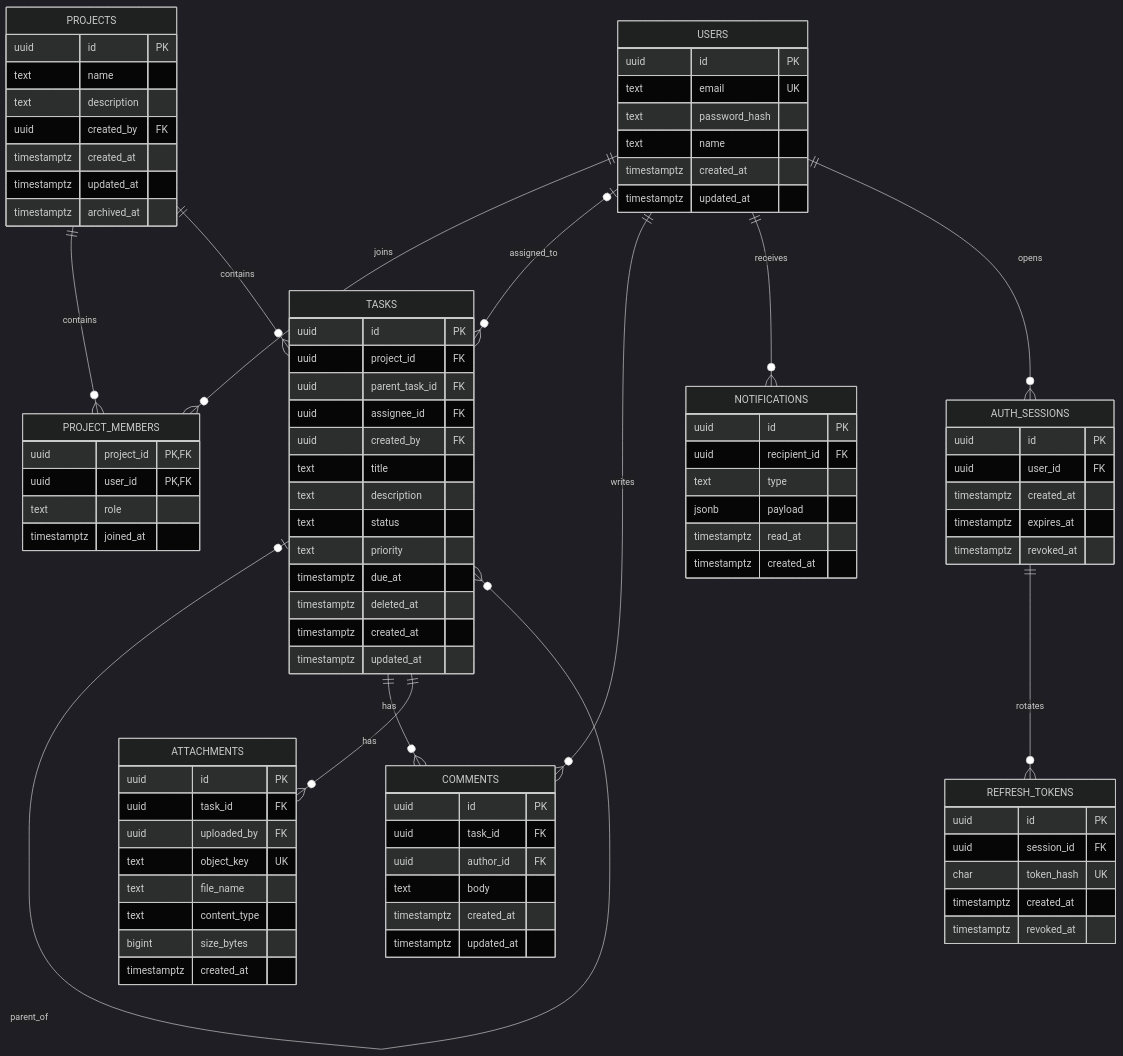
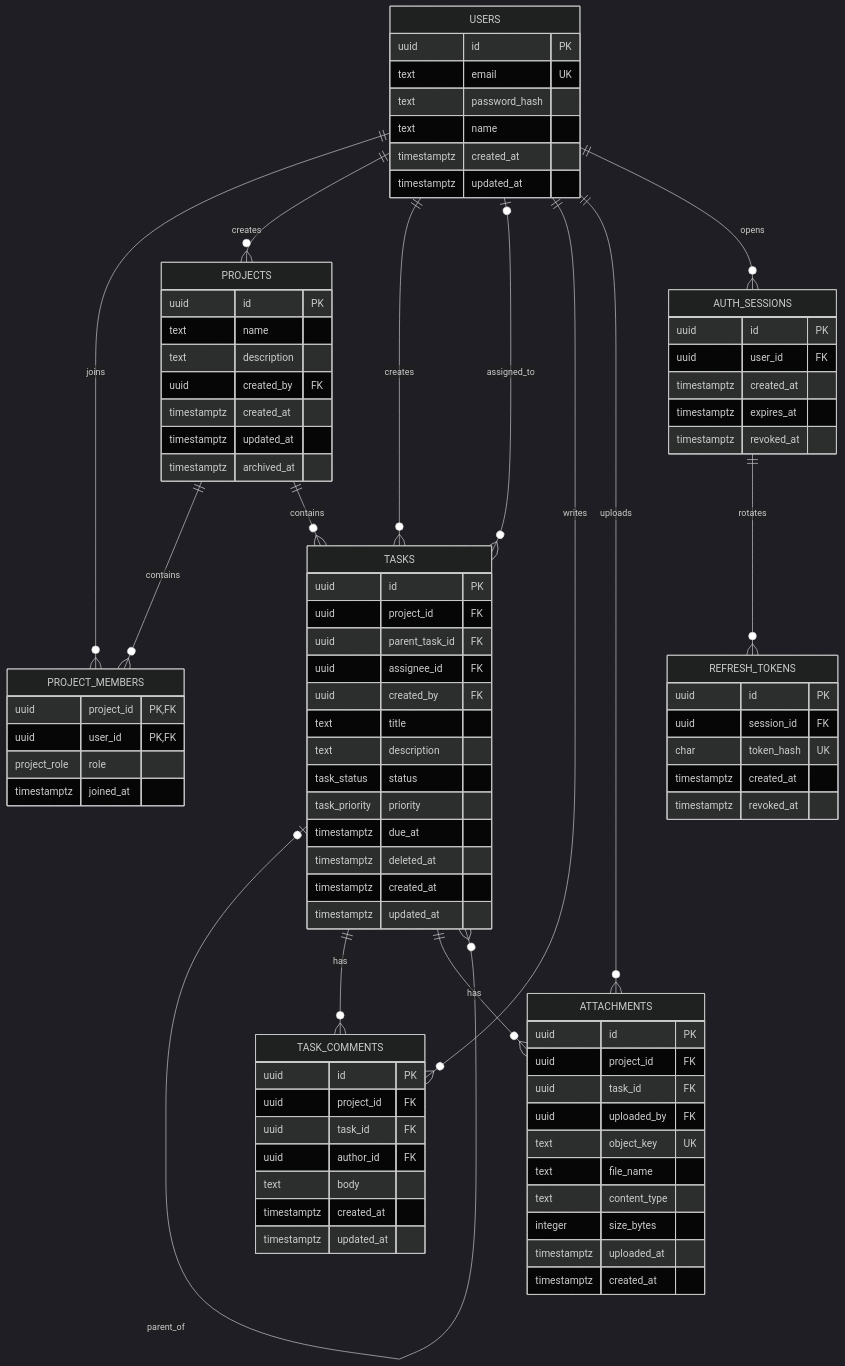
The diagram in docs/database-design.md (Vu-Trung-Kien/taskflow), drawn with Mermaid (dark theme) before and after one commit. The commit also changed other lines of this file and 9 other files, not shown here.

```diff
--- a/docs/database-design.md
+++ b/docs/database-design.md
@@ -10,13 +10,15 @@
 erDiagram
     USERS ||--o{ PROJECT_MEMBERS : joins
     PROJECTS ||--o{ PROJECT_MEMBERS : contains
+    USERS ||--o{ PROJECTS : creates
     PROJECTS ||--o{ TASKS : contains
+    USERS ||--o{ TASKS : creates
     USERS o|--o{ TASKS : assigned_to
     TASKS o|--o{ TASKS : parent_of
-    USERS ||--o{ COMMENTS : writes
-    TASKS ||--o{ COMMENTS : has
+    USERS ||--o{ TASK_COMMENTS : writes
+    TASKS ||--o{ TASK_COMMENTS : has
     TASKS ||--o{ ATTACHMENTS : has
-    USERS ||--o{ NOTIFICATIONS : receives
+    USERS ||--o{ ATTACHMENTS : uploads
     USERS ||--o{ AUTH_SESSIONS : opens
     AUTH_SESSIONS ||--o{ REFRESH_TOKENS : rotates
 
@@ -40,7 +42,7 @@
     PROJECT_MEMBERS {
         uuid project_id PK,FK
         uuid user_id PK,FK
-        text role
+        project_role role
         timestamptz joined_at
     }
     TASKS {
@@ -51,15 +53,16 @@
         uuid created_by FK
         text title
         text description
-        text status
-        text priority
+        task_status status
+        task_priority priority
         timestamptz due_at
         timestamptz deleted_at
         timestamptz created_at
         timestamptz updated_at
     }
-    COMMENTS {
+    TASK_COMMENTS {
         uuid id PK
+        uuid project_id FK
         uuid task_id FK
         uuid author_id FK
         text body
@@ -68,20 +71,14 @@
     }
     ATTACHMENTS {
         uuid id PK
+        uuid project_id FK
         uuid task_id FK
         uuid uploaded_by FK
         text object_key UK
         text file_name
         text content_type
-        bigint size_bytes
-        timestamptz created_at
-    }
-    NOTIFICATIONS {
-        uuid id PK
-        uuid recipient_id FK
-        text type
-        jsonb payload
-        timestamptz read_at
+        integer size_bytes
+        timestamptz uploaded_at
         timestamptz created_at
     }
     AUTH_SESSIONS {
```
